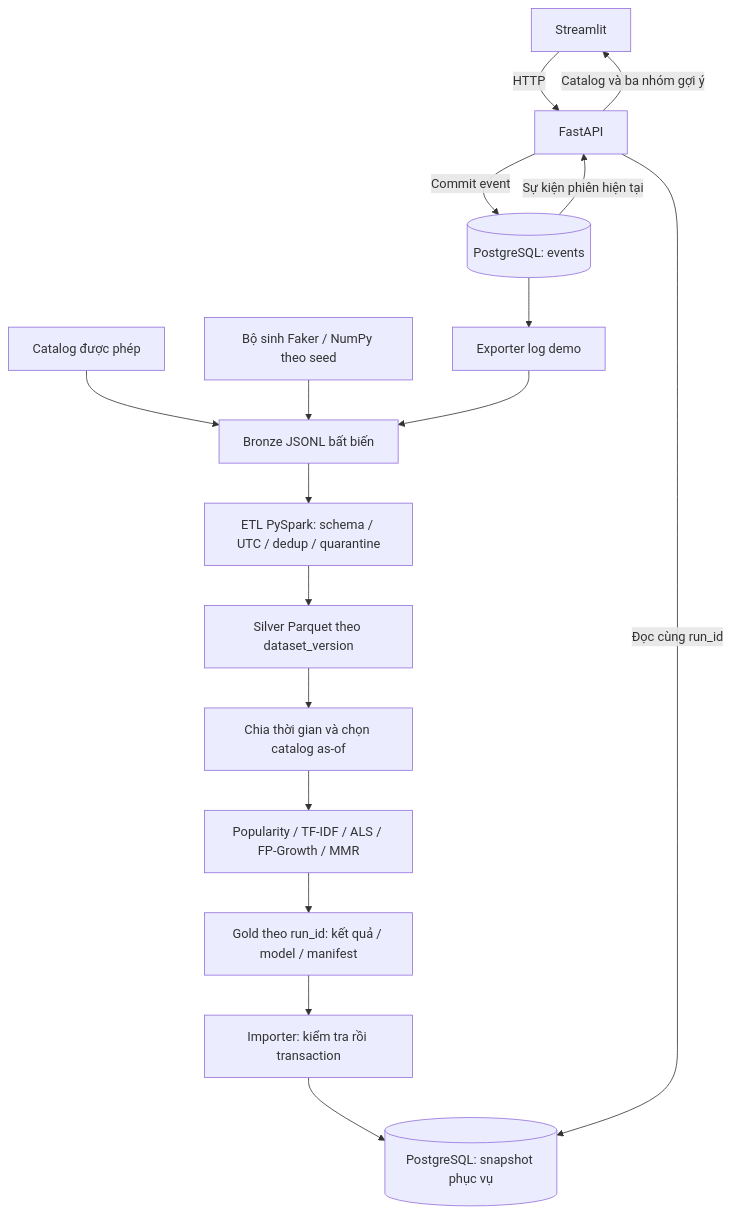
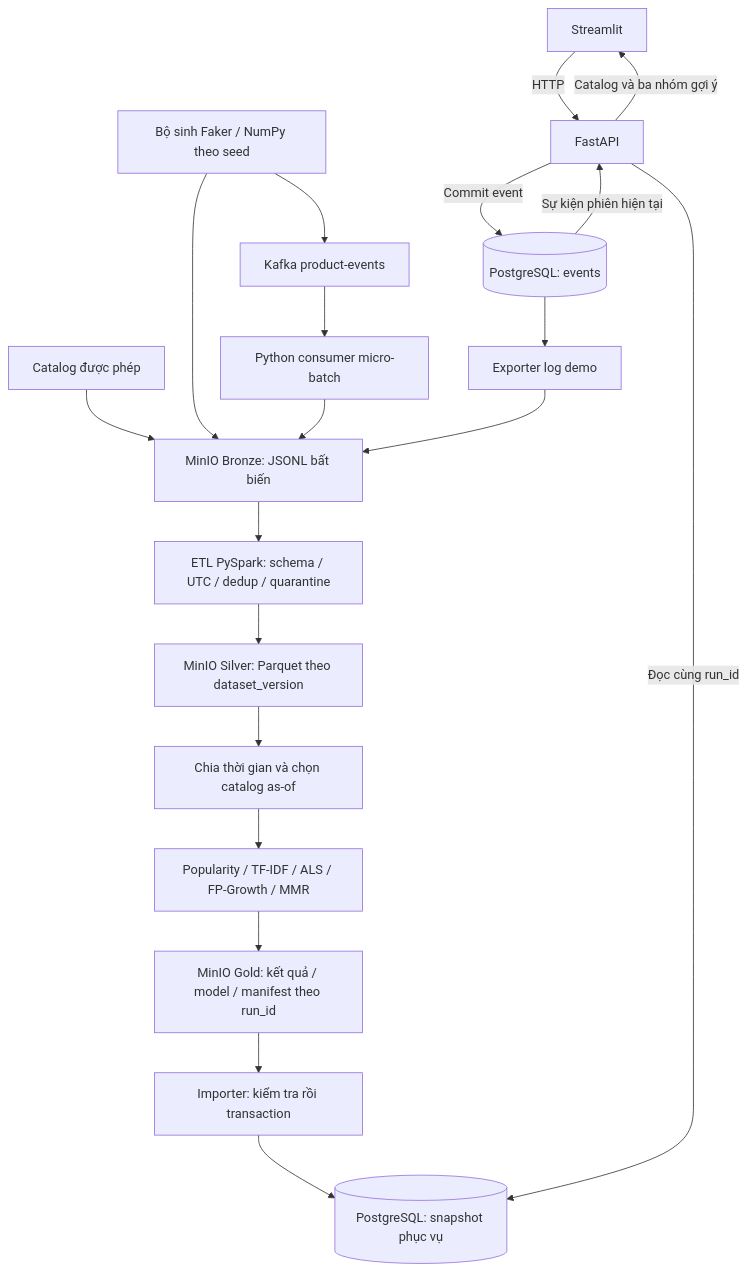
One commit to ndthanhh/big-data-product-recommender changed the first of 2 diagrams in docs/ARCHITECTURE.md. Above: the diagram before and after it, drawn with Mermaid. The commit also changed other lines of this file and 10 other files, not shown here.

````diff
--- a/docs/ARCHITECTURE.md
+++ b/docs/ARCHITECTURE.md
@@ -13,19 +13,22 @@
 ```mermaid
 flowchart TB
-    C[Catalog được phép] --> B[Bronze JSONL bất biến]
+    C[Catalog được phép] --> B[MinIO Bronze: JSONL bất biến]
     G[Bộ sinh Faker / NumPy theo seed] --> B
+    G --> K[Kafka product-events]
+    K --> Consumer[Python consumer micro-batch]
+    Consumer --> B
     B --> E[ETL PySpark: schema / UTC / dedup / quarantine]
-    E --> S[Silver Parquet theo dataset_version]
+    E --> S[MinIO Silver: Parquet theo dataset_version]
     S --> Split[Chia thời gian và chọn catalog as-of]
     Split --> Train[Popularity / TF-IDF / ALS / FP-Growth / MMR]
-    Train --> Gold[Gold theo run_id: kết quả / model / manifest]
+    Train --> Gold[MinIO Gold: kết quả / model / manifest theo run_id]
     Gold --> I[Importer: kiểm tra rồi transaction]
     I --> P[(PostgreSQL: snapshot phục vụ)]
     U[Streamlit] -->|HTTP| A[FastAPI]
     A -->|Đọc cùng run_id| P
     A -->|Commit event| L[(PostgreSQL: events)]
     L -->|Sự kiện phiên hiện tại| A
     L --> X[Exporter log demo]
     X --> B
     A -->|Catalog và ba nhóm gợi ý| U
 ```
````
